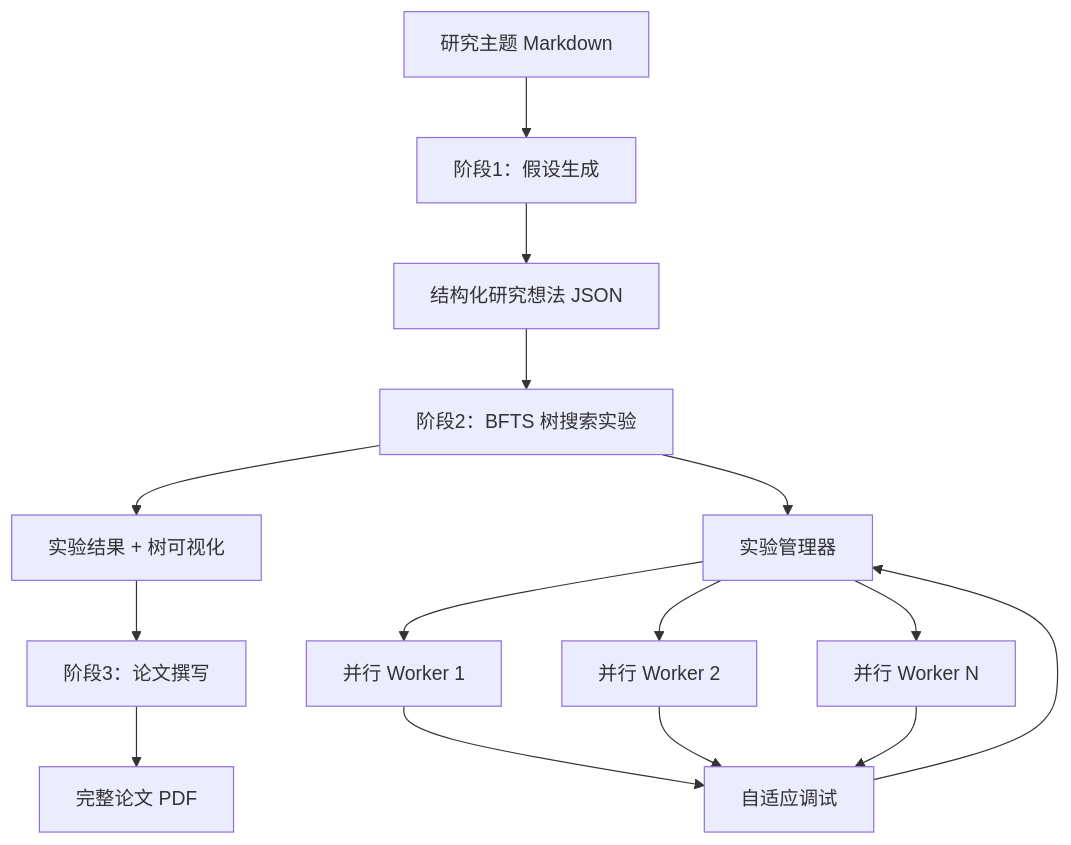
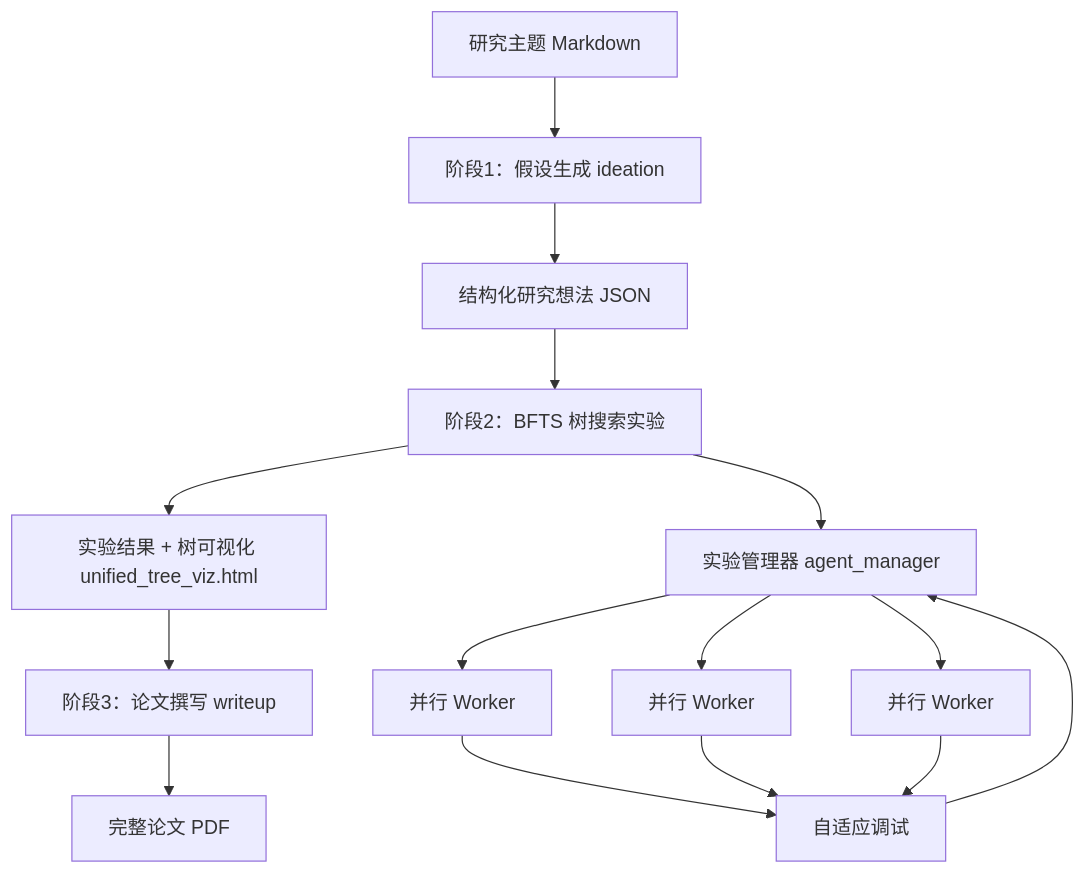
Before and after one commit to A1pha3/text-matrix: the diagram in content/posts/tech/ai-agent/ai-scientist-v2-agentic-tree-search.md, drawn with Mermaid. The commit also changed other lines of this file and 24 other files, not shown here.

````diff
--- a/content/posts/tech/ai-agent/ai-scientist-v2-agentic-tree-search.md
+++ b/content/posts/tech/ai-agent/ai-scientist-v2-agentic-tree-search.md
@@ -53,16 +28,16 @@
 ```mermaid
 flowchart TD
-    A[研究主题 Markdown] --> B[阶段1：假设生成]
+    A[研究主题 Markdown] --> B[阶段1：假设生成 ideation]
     B --> C[结构化研究想法 JSON]
     C --> D[阶段2：BFTS 树搜索实验]
-    D --> E[实验结果 + 树可视化]
-    E --> F[阶段3：论文撰写]
+    D --> E[实验结果 + 树可视化 unified_tree_viz.html]
+    E --> F[阶段3：论文撰写 writeup]
     F --> G[完整论文 PDF]
 
-    D --> D1[实验管理器]
-    D1 --> D2[并行 Worker 1]
-    D1 --> D3[并行 Worker 2]
-    D1 --> D4[并行 Worker N]
+    D --> D1[实验管理器 agent_manager]
+    D1 --> D2[并行 Worker]
+    D1 --> D3[并行 Worker]
+    D1 --> D4[并行 Worker]
     D2 & D3 & D4 --> D5[自适应调试]
     D5 --> D1
 ```
````
